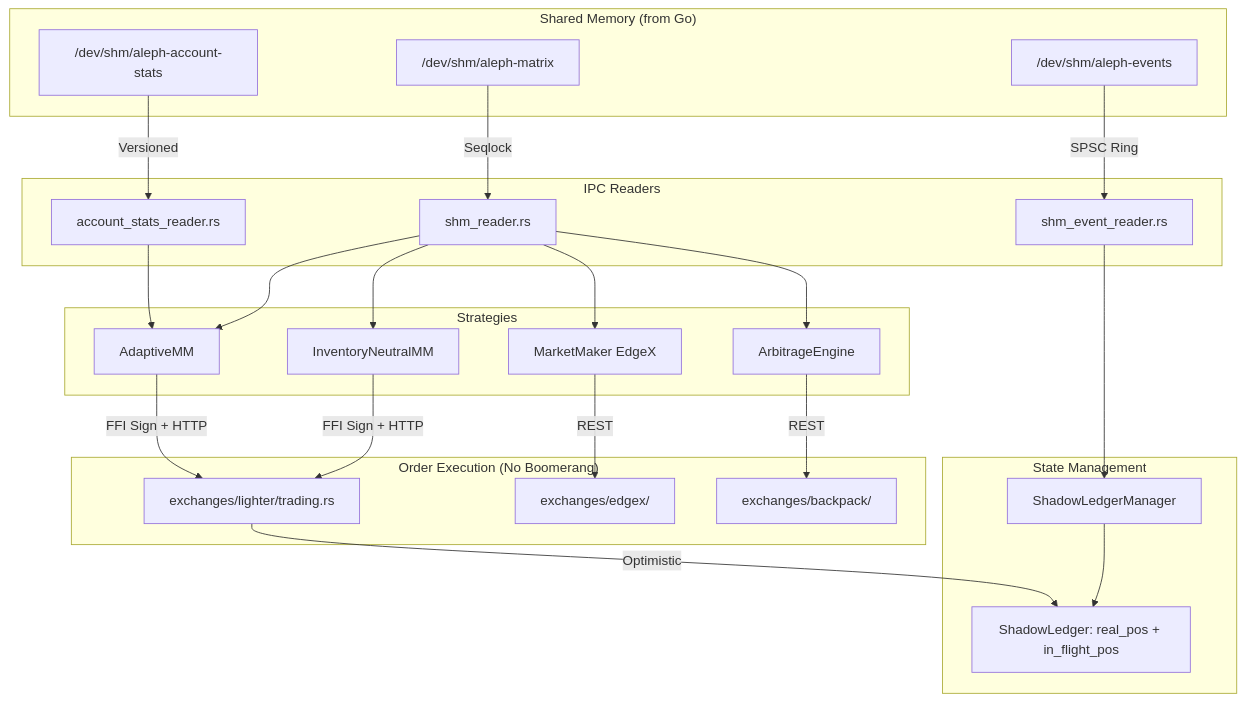
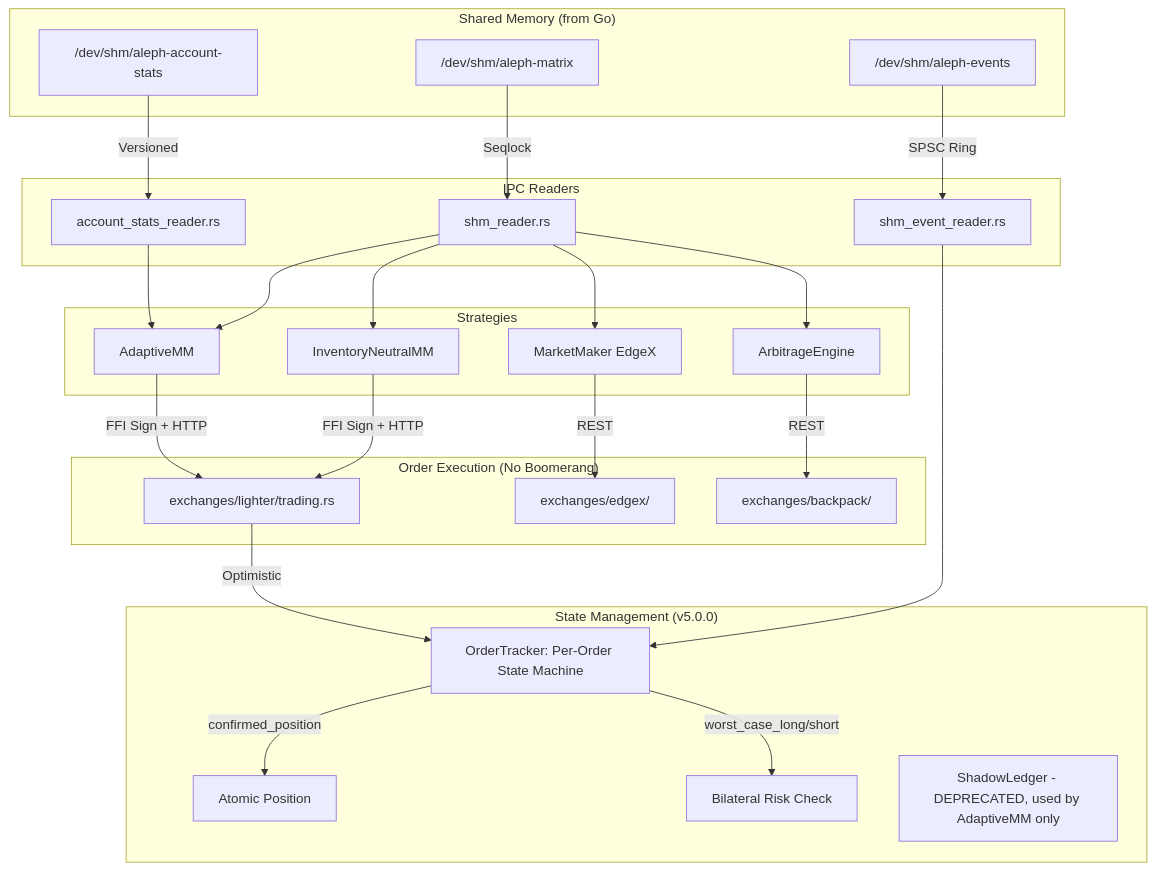
The diagram in src/CLAUDE.md (AlephTX/aleph-tx), drawn with Mermaid before and after one commit. The commit also changed other lines of this file and 27 other files, not shown here.

First line of the commit message:
refactor: v5.0.0 code review cleanup + OrderTracker migration

````diff
--- a/src/CLAUDE.md
+++ b/src/CLAUDE.md
@@ -36,34 +37,36 @@
 ```mermaid
 graph TD
     subgraph "Shared Memory (from Go)"
         MTX["/dev/shm/aleph-matrix"]
         EVT["/dev/shm/aleph-events"]
         ACC["/dev/shm/aleph-account-stats"]
     end
 
     subgraph "IPC Readers"
         MTX -->|Seqlock| SR[shm_reader.rs]
         EVT -->|SPSC Ring| ER[shm_event_reader.rs]
         ACC -->|Versioned| AR[account_stats_reader.rs]
     end
 
-    subgraph "State Management"
-        ER --> SLM[ShadowLedgerManager]
-        SLM --> SL[ShadowLedger: real_pos + in_flight_pos]
+    subgraph "State Management (v5.0.0)"
+        ER --> OT[OrderTracker: Per-Order State Machine]
+        OT --> |confirmed_position| POS[Atomic Position]
+        OT --> |worst_case_long/short| RISK[Bilateral Risk Check]
+        SL[ShadowLedger - DEPRECATED, used by AdaptiveMM only]
     end
 
     subgraph "Strategies"
         SR --> ARB[ArbitrageEngine]
         SR --> MM[MarketMaker EdgeX]
         SR --> LMM[InventoryNeutralMM]
         SR --> AMM[AdaptiveMM]
         AR --> AMM
     end
 
     subgraph "Order Execution (No Boomerang)"
         LMM & AMM -->|FFI Sign + HTTP| LT[exchanges/lighter/trading.rs]
         MM -->|REST| EX[exchanges/edgex/]
         ARB -->|REST| BP[exchanges/backpack/]
-        LT -->|Optimistic| SL
+        LT -->|Optimistic| OT
     end
 ```
````
